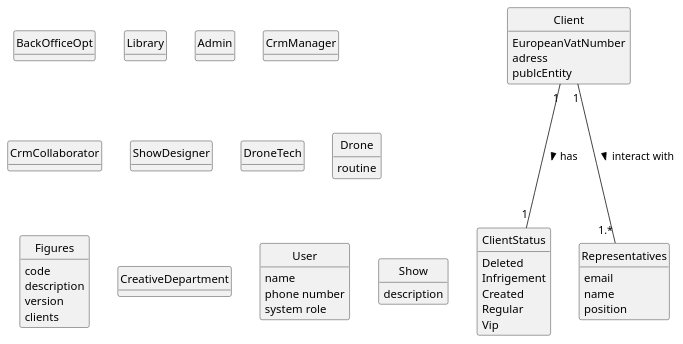
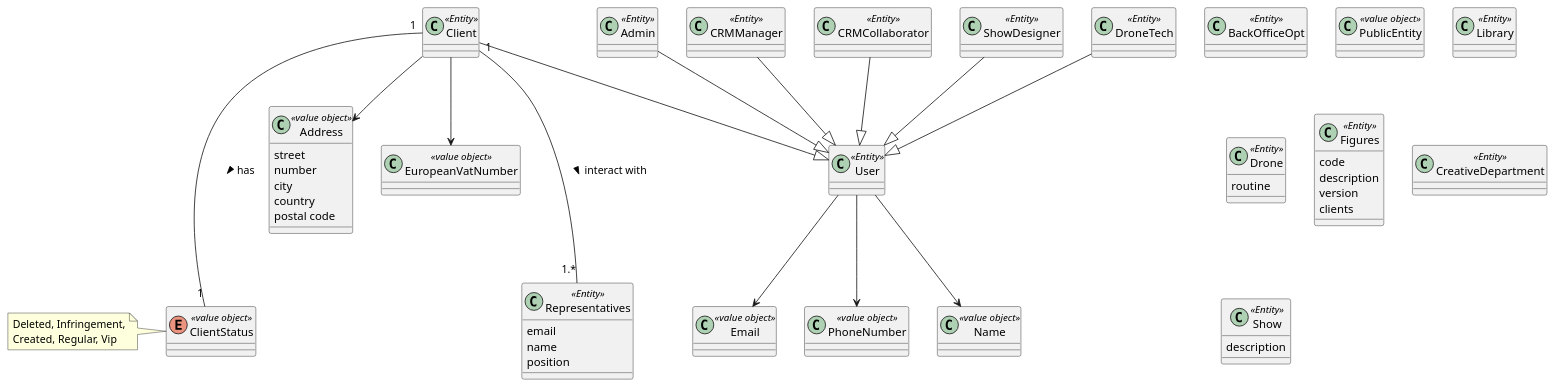
Before and after one commit to diogoveirospro/sem4pi-2024-2025-sem4pi_2024_2025_g44: the diagram in docs/global_artifacts/analysis/puml/domain_model.puml, drawn with PlantUML.

Commit message:
Addition of some classes and value objects to the domain model

```diff
--- a/docs/global_artifacts/analysis/puml/domain_model.puml
+++ b/docs/global_artifacts/analysis/puml/domain_model.puml
@@ -1,87 +1,106 @@
 @startuml
-skinparam monochrome true
-skinparam packageStyle rectangle
-skinparam shadowing false
 
-'left to right direction
-
-skinparam classAttributeIconSize 0
-
-hide circle
-hide methods
-
-'title Domain Model
-
-class BackOfficeOpt{
+class BackOfficeOpt <<Entity>>{
 
 }
 
-class Client {
-    EuropeanVatNumber
-    adress
-    publcEntity
-}
-
-class Library {
-}
-
-class Admin {
-}
-
-class CrmManager {
+class Client <<Entity>>{
 
 }
 
-class CrmCollaborator {
+class PublicEntity <<value object>>{
 }
 
-class ShowDesigner {
+class Address <<value object>>{
+    street
+    number
+    city
+    country
+    postal code
 }
 
-class DroneTech {
+class EuropeanVatNumber <<value object>>{
 }
 
-class Drone {
+class Library <<Entity>>{
+}
+
+class Drone <<Entity>>{
     routine
 }
 
-class Figures {
+class Figures <<Entity>>{
     code
     description
     version
     clients
 }
 
-class CreativeDepartment {
+class CreativeDepartment <<Entity>>{
 }
 
-class ClientStatus {
-    Deleted
-    Infrigement
-    Created
-    Regular
-    Vip
+Enum ClientStatus <<value object>>{
+
 }
 
-class User {
-    name
-    phone number
-    system role
+note left of ClientStatus
+  Deleted, Infringement,
+  Created, Regular, Vip
+end note
+
+class User <<Entity>>{
 }
 
+class PhoneNumber <<value object>>{
+}
 
+class Name <<value object>>{
+}
 
-class Representatives {
+class Email <<value object>>{
+}
+
+class Admin <<Entity>>{
+}
+
+class CRMManager <<Entity>>{
+
+}
+
+class CRMCollaborator <<Entity>>{
+}
+
+class ShowDesigner <<Entity>>{
+}
+
+class DroneTech <<Entity>>{
+}
+
+class Representatives <<Entity>>{
     email
     name
     position
 }
 
-class Show {
+class Show <<Entity>>{
     description
 }
+
+Client --> EuropeanVatNumber
+Client --> Address
+
+Client --|> User
+CRMCollaborator --|> User
+CRMManager --|> User
+Admin --|> User
+ShowDesigner --|> User
+DroneTech --|> User
+
+User --> PhoneNumber
+User --> Name
+User --> Email
 
 
 Client "1" --- "1.*" Representatives :> interact with
 Client "1" --- "1" ClientStatus :> has
 @enduml
```
